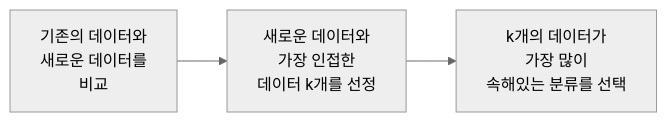
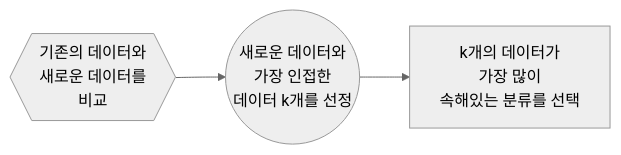
One commit to hyk2202/megait changed the diagram in megait/E. 추론통계(머신러닝)/07.지도학습알고리즘/(1) KNN/README.md. Above: the diagram before and after it, drawn with Mermaid (neutral theme). The commit also changed other lines of this file and 7 other files, not shown here.

````diff
--- a/megait/E. 추론통계(머신러닝)/07.지도학습알고리즘/(1) KNN/README.md
+++ b/megait/E. 추론통계(머신러닝)/07.지도학습알고리즘/(1) KNN/README.md
@@ -11,4 +11,4 @@
 ```mermaid
 graph LR
-A[기존의 데이터와<br/> 새로운 데이터를<br/> 비교]-->B[새로운 데이터와<br/> 가장 인접한<br/> 데이터 k개를 선정]-->C[k개의 데이터가<br/> 가장 많이<br/> 속해있는 분류를 선택]
+A{{기존의 데이터와<br/> 새로운 데이터를<br/> 비교}}-->B((새로운 데이터와<br/> 가장 인접한<br/> 데이터 k개를 선정))-->C[k개의 데이터가<br/> 가장 많이<br/> 속해있는 분류를 선택]
 ```
````
